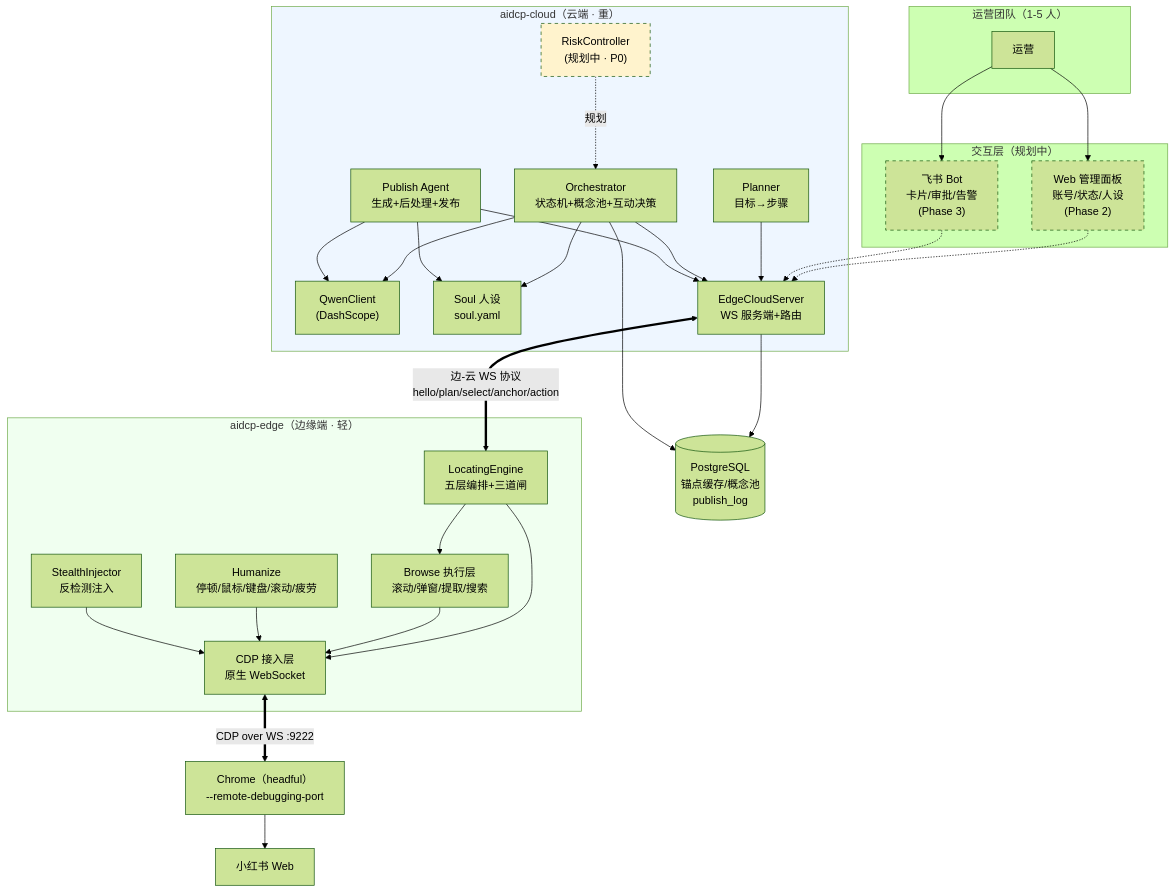
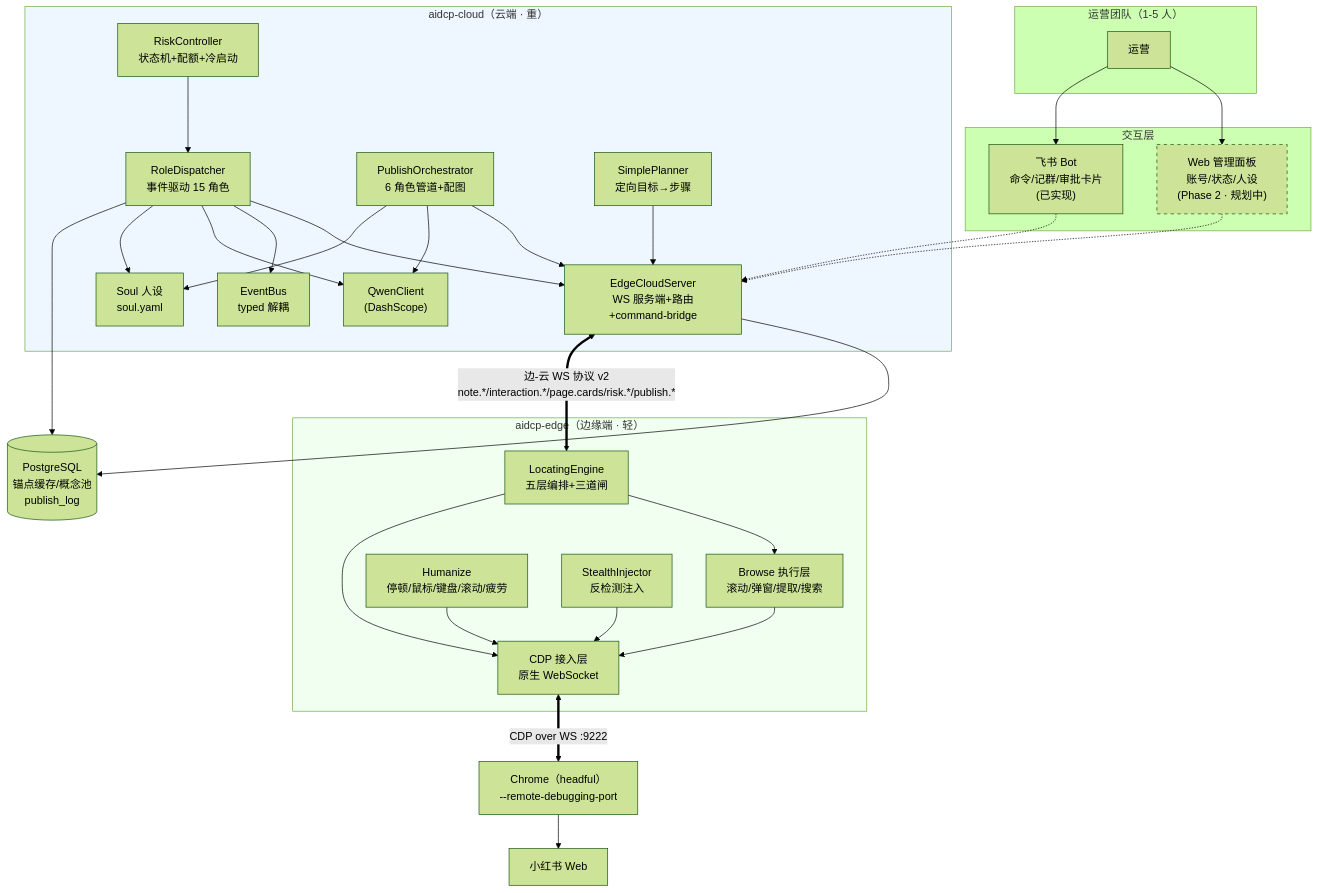
The third of 3 diagrams in docs/product-overview.md (tommax-bai/aidcp), drawn with Mermaid (forest theme) before and after one commit. The commit also changed other lines of this file and 8 other files, not shown here.

First line of the commit message:
docs: 对齐 edge/cloud 重构 — 事件驱动多 Agent、协议 v2、风控/飞书已实装

````diff
--- a/docs/product-overview.md
+++ b/docs/product-overview.md
@@ -218,66 +225,66 @@
 ```mermaid
 graph TB
     subgraph 人["运营团队（1-5 人）"]
         OP["运营"]
     end
 
-    subgraph 交互["交互层（规划中）"]
-        WEB["Web 管理面板<br/>账号/状态/人设<br/>(Phase 2)"]
-        FS["飞书 Bot<br/>卡片/审批/告警<br/>(Phase 3)"]
+    subgraph 交互["交互层"]
+        WEB["Web 管理面板<br/>账号/状态/人设<br/>(Phase 2 · 规划中)"]
+        FS["飞书 Bot<br/>命令/记群/审批卡片<br/>(已实现)"]
     end
 
     subgraph cloud["aidcp-cloud（云端 · 重）"]
-        PLAN["Planner<br/>目标→步骤"]
-        ORCH["Orchestrator<br/>状态机+概念池+互动决策"]
-        PUB["Publish Agent<br/>生成+后处理+发布"]
+        DISP["RoleDispatcher<br/>事件驱动 15 角色"]
+        BUS["EventBus<br/>typed 解耦"]
+        PUB["PublishOrchestrator<br/>6 角色管道+配图"]
         LLM["QwenClient<br/>(DashScope)"]
         SOUL["Soul 人设<br/>soul.yaml"]
-        WS["EdgeCloudServer<br/>WS 服务端+路由"]
-        RISK["RiskController<br/>(规划中 · P0)"]
+        WS["EdgeCloudServer<br/>WS 服务端+路由+command-bridge"]
+        RISK["RiskController<br/>状态机+配额+冷启动"]
+        PLAN["SimplePlanner<br/>定向目标→步骤"]
     end
 
     PG[("PostgreSQL<br/>锚点缓存/概念池<br/>publish_log")]
 
     subgraph edge["aidcp-edge（边缘端 · 轻）"]
         ENG["LocatingEngine<br/>五层编排+三道闸"]
         BROWSE["Browse 执行层<br/>滚动/弹窗/提取/搜索"]
         HUMAN["Humanize<br/>停顿/鼠标/键盘/滚动/疲劳"]
         STEALTH["StealthInjector<br/>反检测注入"]
         CDP["CDP 接入层<br/>原生 WebSocket"]
     end
 
     CHROME["Chrome（headful）<br/>--remote-debugging-port"]
     XHS["小红书 Web"]
 
     OP --> WEB
     OP --> FS
     WEB -.-> WS
     FS -.-> WS
 
+    DISP --> WS
+    PUB --> WS
     PLAN --> WS
-    ORCH --> WS
-    PUB --> WS
-    ORCH --> LLM
+    DISP --> BUS
+    DISP --> LLM
     PUB --> LLM
-    ORCH --> SOUL
+    DISP --> SOUL
     PUB --> SOUL
-    RISK -.规划.-> ORCH
+    RISK --> DISP
     WS --> PG
-    ORCH --> PG
+    DISP --> PG
 
-    WS <==>|"边-云 WS 协议<br/>hello/plan/select/anchor/action"| ENG
+    WS <==>|"边-云 WS 协议 v2<br/>note.*/interaction.*/page.cards/risk.*/publish.*"| ENG
 
     ENG --> BROWSE
     ENG --> CDP
     BROWSE --> CDP
     HUMAN --> CDP
     STEALTH --> CDP
     CDP <==>|"CDP over WS :9222"| CHROME
     CHROME --> XHS
 
-    style RISK stroke-dasharray: 5 5,fill:#fff3cd
     style WEB stroke-dasharray: 5 5
-    style FS stroke-dasharray: 5 5
     style cloud fill:#eef6ff
     style edge fill:#f0fff0
 ```
````
